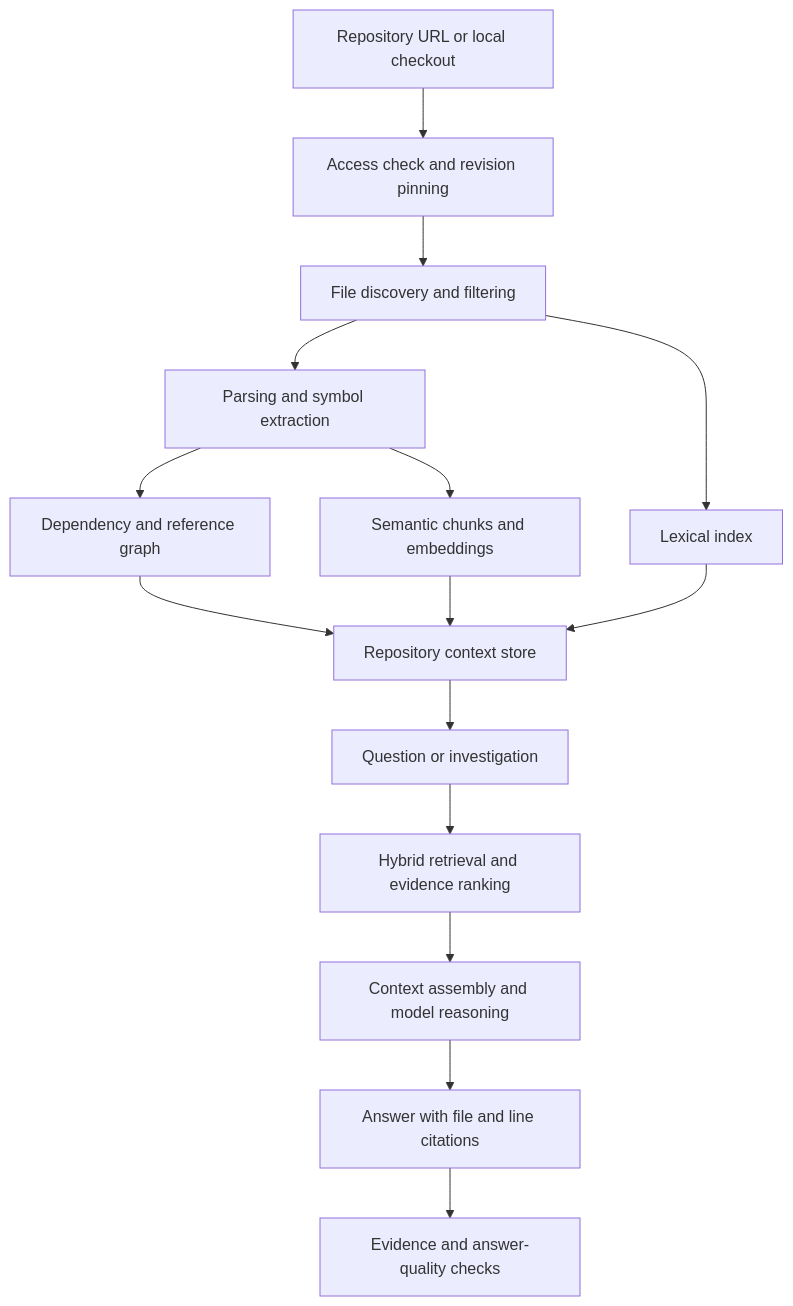
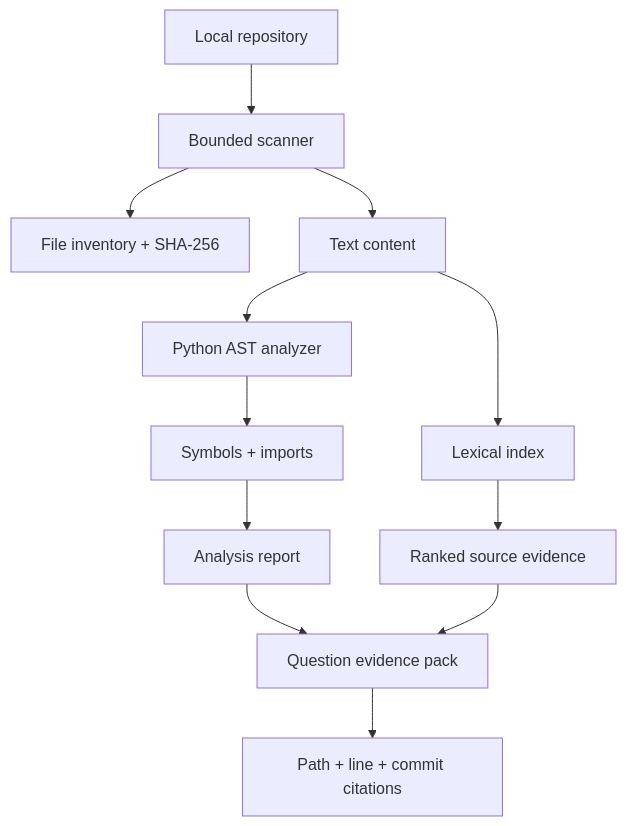
The diagram in README.md (archivesofkrish/repoatlas-ai), drawn with Mermaid before and after one commit. The commit also changed other lines of this file, not shown here.

Commit message:
docs: document working RepoAtlas CLI API and safety model

````diff
--- a/README.md
+++ b/README.md
@@ -63,17 +105,14 @@
 ```mermaid
 flowchart TD
-    A[Repository URL or local checkout] --> B[Access check and revision pinning]
-    B --> C[File discovery and filtering]
-    C --> D[Parsing and symbol extraction]
-    D --> E[Dependency and reference graph]
-    C --> F[Lexical index]
-    D --> G[Semantic chunks and embeddings]
-    E --> H[Repository context store]
-    F --> H
-    G --> H
-    H --> I[Question or investigation]
-    I --> J[Hybrid retrieval and evidence ranking]
-    J --> K[Context assembly and model reasoning]
-    K --> L[Answer with file and line citations]
-    L --> M[Evidence and answer-quality checks]
+    A[Local repository] --> B[Bounded scanner]
+    B --> C[File inventory + SHA-256]
+    B --> D[Text content]
+    D --> E[Python AST analyzer]
+    D --> F[Lexical index]
+    E --> G[Symbols + imports]
+    G --> H[Analysis report]
+    F --> I[Ranked source evidence]
+    H --> J[Question evidence pack]
+    I --> J
+    J --> K[Path + line + commit citations]
 ```
````
